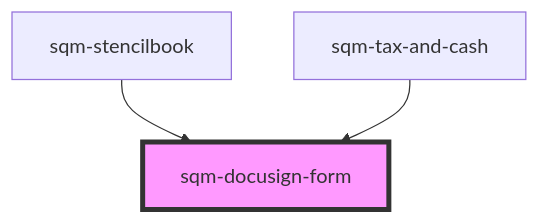
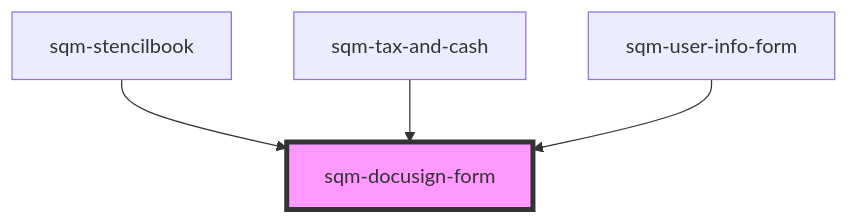
One commit to saasquatch/program-tools changed the diagram in packages/mint-components/src/components/tax-and-cash/sqm-docusign-form/readme.md. Above: the diagram before and after it, drawn with Mermaid. The commit also changed other lines of this file and 11 other files, not shown here.

````diff
--- a/packages/mint-components/src/components/tax-and-cash/sqm-docusign-form/readme.md
+++ b/packages/mint-components/src/components/tax-and-cash/sqm-docusign-form/readme.md
@@ -45,6 +45,7 @@
 ```mermaid
 graph TD;
   sqm-stencilbook --> sqm-docusign-form
   sqm-tax-and-cash --> sqm-docusign-form
+  sqm-user-info-form --> sqm-docusign-form
   style sqm-docusign-form fill:#f9f,stroke:#333,stroke-width:4px
 ```
````
